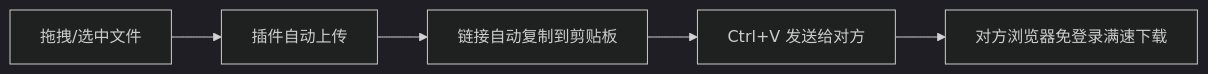
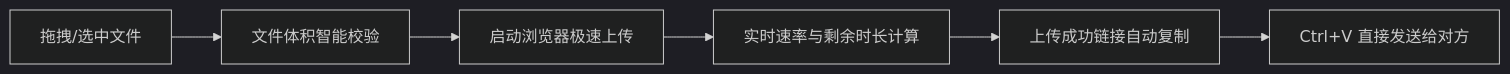
One commit to Code-Agitator/ZTools-plugins changed the diagram in plugins/sendgb-uploader/README.md. Above: the diagram before and after it, drawn with Mermaid (dark theme). The commit also changed other lines of this file and 9 other files, not shown here.

````diff
--- a/plugins/sendgb-uploader/README.md
+++ b/plugins/sendgb-uploader/README.md
@@ -28,7 +36,8 @@
 ```mermaid
 graph LR
-    A[拖拽/选中文件] --> B[插件自动上传]
-    B --> C[链接自动复制到剪贴板]
-    C --> D[Ctrl+V 发送给对方]
-    D --> E[对方浏览器免登录满速下载]
+    A[拖拽/选中文件] --> B[文件体积智能校验]
+    B --> C[启动浏览器极速上传]
+    C --> D[实时速率与剩余时长计算]
+    D --> E[上传成功链接自动复制]
+    E --> F[Ctrl+V 直接发送给对方]
 ```
````
